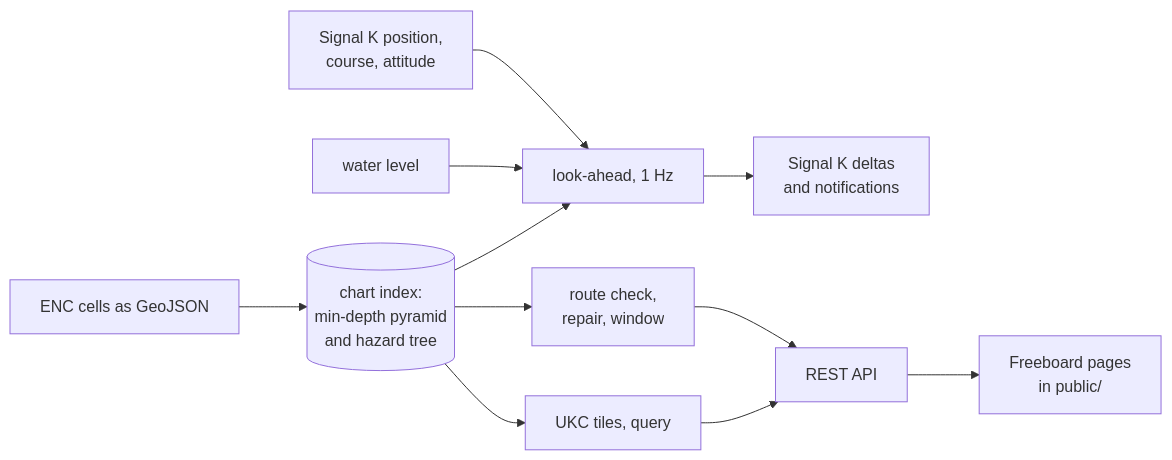
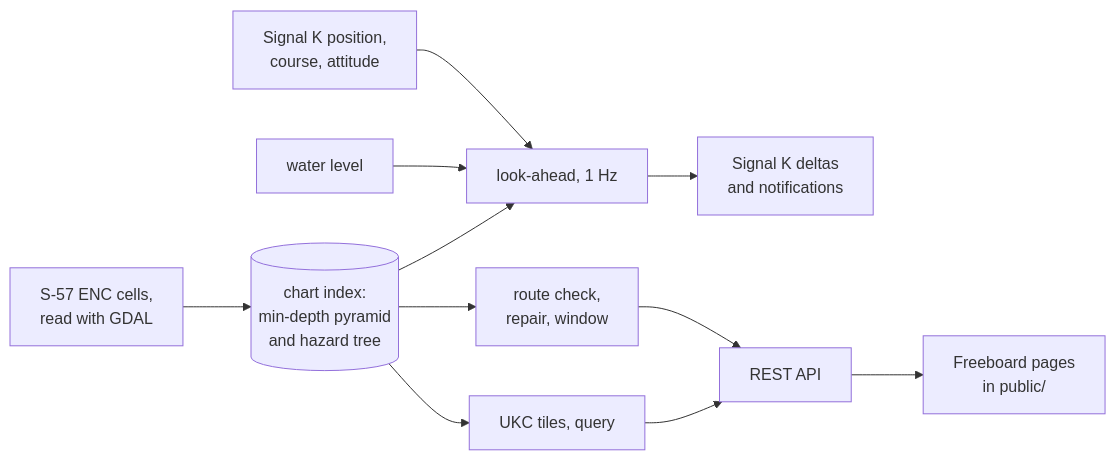
One commit to KEGustafsson/signalk-underkeel changed the diagram in README.md. Above: the diagram before and after it, drawn with Mermaid. The commit also changed other lines of this file, not shown here.

First line of the commit message:
Describe direct S-57 reading in the README architecture and test notes

````diff
--- a/README.md
+++ b/README.md
@@ -255,13 +255,13 @@
 ```mermaid
 flowchart LR
-  ENC[ENC cells as GeoJSON] --> IDX[(chart index:<br/>min-depth pyramid<br/>and hazard tree)]
+  ENC[S-57 ENC cells,<br/>read with GDAL] --> IDX[(chart index:<br/>min-depth pyramid<br/>and hazard tree)]
   NAV[Signal K position,<br/>course, attitude] --> LA
   WL[water level] --> LA
   IDX --> LA[look-ahead, 1 Hz]
   IDX --> RC[route check,<br/>repair, window]
   IDX --> T[UKC tiles, query]
   LA --> OUT[Signal K deltas<br/>and notifications]
   RC --> REST[REST API]
   T --> REST
   REST --> FB[Freeboard pages<br/>in public/]
 ```
````
